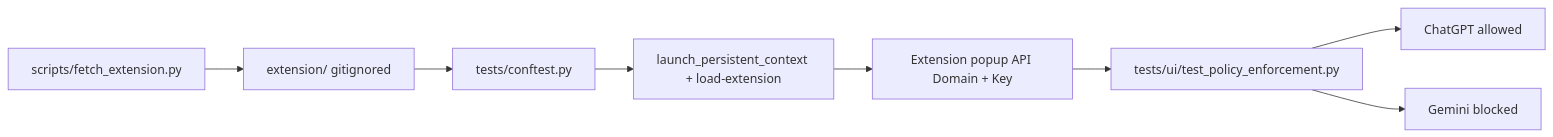
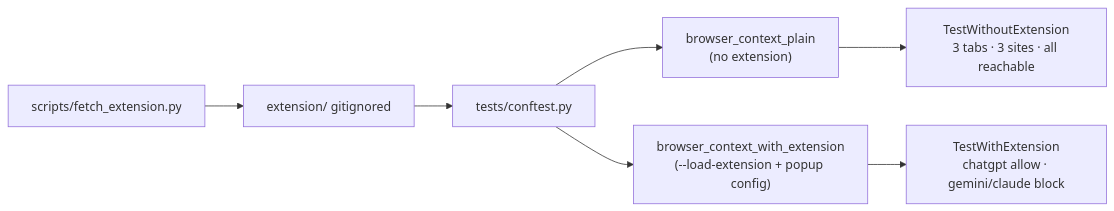
Before and after one commit to talmalek/prompt-security-home-assignment: the diagram in README.md, drawn with Mermaid. The commit also changed other lines of this file and 10 other files, not shown here.

````diff
--- a/README.md
+++ b/README.md
@@ -12,10 +16,9 @@
 ```mermaid
 flowchart LR
     Fetch["scripts/fetch_extension.py"] --> ExtDir["extension/ gitignored"]
     ExtDir --> Conftest["tests/conftest.py"]
-    Conftest --> Ctx["launch_persistent_context + load-extension"]
-    Ctx --> Popup["Extension popup API Domain + Key"]
-    Popup --> Tests["tests/ui/test_policy_enforcement.py"]
-    Tests --> ChatGPT["ChatGPT allowed"]
-    Tests --> Gemini["Gemini blocked"]
+    Conftest --> Plain["browser_context_plain<br/>(no extension)"]
+    Conftest --> WithExt["browser_context_with_extension<br/>(--load-extension + popup config)"]
+    Plain --> Baseline["TestWithoutExtension<br/>3 tabs · 3 sites · all reachable"]
+    WithExt --> Enforced["TestWithExtension<br/>chatgpt allow · gemini/claude block"]
 ```
````
